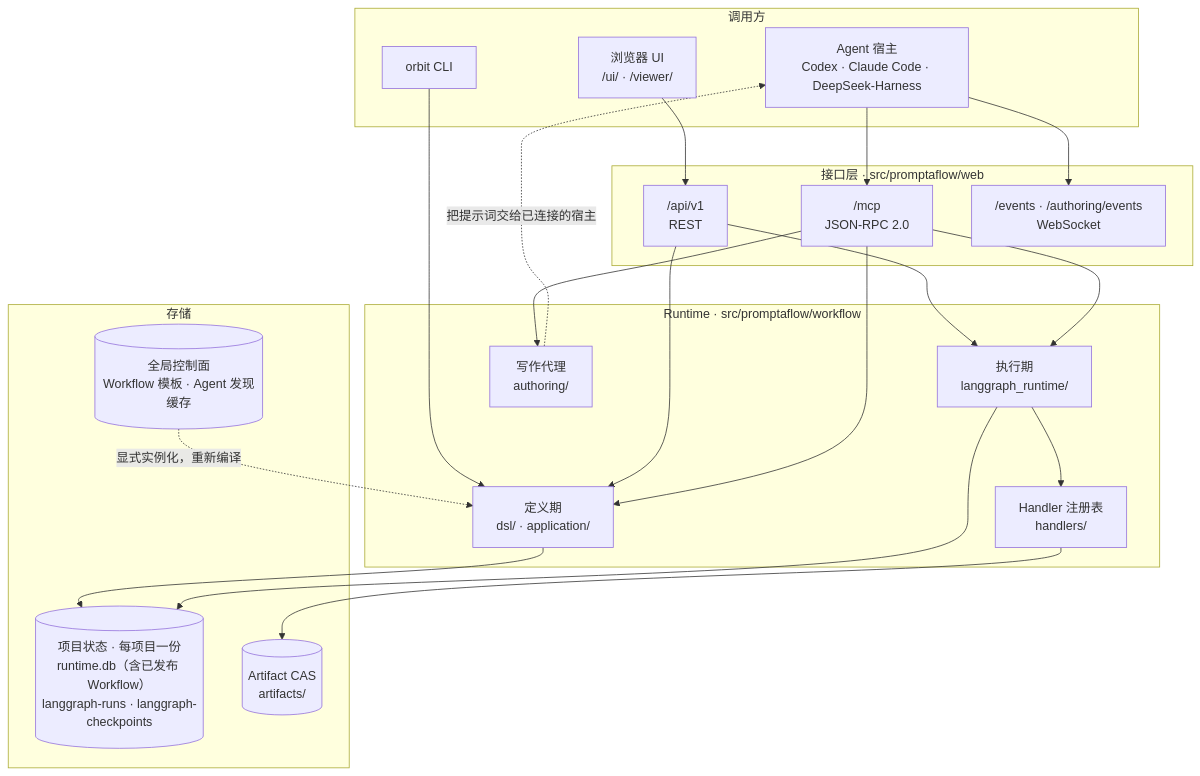
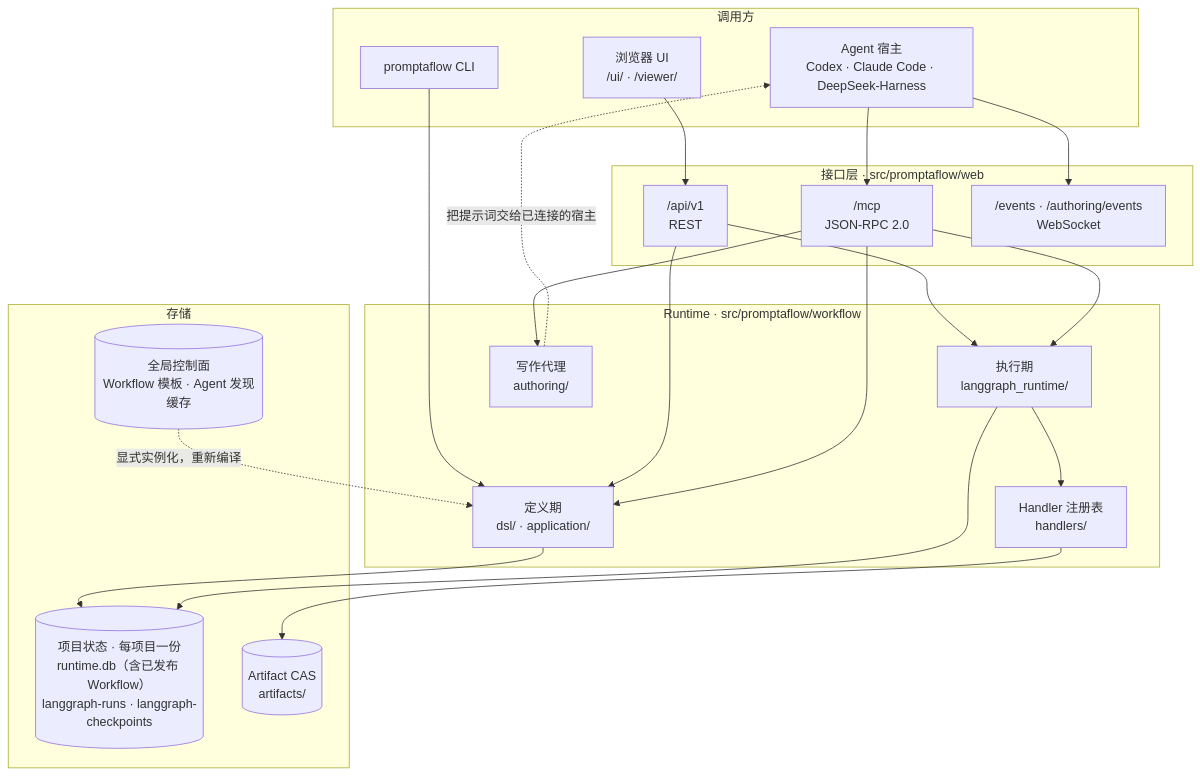
The first of 6 diagrams in docs/architecture.md (TNJ2026/orbit-runtime), drawn with Mermaid before and after one commit. The commit also changed other lines of this file and 227 other files, not shown here.

````diff
--- a/docs/architecture.md
+++ b/docs/architecture.md
@@ -34,45 +34,45 @@
 ```mermaid
 flowchart TB
     subgraph clients["调用方"]
         UI["浏览器 UI<br/>/ui/ · /viewer/"]
         HOST["Agent 宿主<br/>Codex · Claude Code · DeepSeek-Harness"]
-        CLI["orbit CLI"]
+        CLI["promptaflow CLI"]
     end
 
     subgraph edge["接口层 · src/promptaflow/web"]
         REST["/api/v1<br/>REST"]
         MCP["/mcp<br/>JSON-RPC 2.0"]
         WS["/events · /authoring/events<br/>WebSocket"]
     end
 
     subgraph core["Runtime · src/promptaflow/workflow"]
         DSL["定义期<br/>dsl/ · application/"]
         LG["执行期<br/>langgraph_runtime/"]
         HR["Handler 注册表<br/>handlers/"]
         AU["写作代理<br/>authoring/"]
     end
 
     subgraph store["存储"]
         GLOBAL[("全局控制面<br/>Workflow 模板 · Agent 发现缓存")]
         PRJ[("项目状态 · 每项目一份<br/>runtime.db（含已发布 Workflow）<br/>langgraph-runs · langgraph-checkpoints")]
         ART[("Artifact CAS<br/>artifacts/")]
     end
 
     UI --> REST
     HOST --> MCP
     HOST --> WS
     CLI --> DSL
 
     REST --> DSL
     REST --> LG
     MCP --> DSL
     MCP --> LG
     MCP --> AU
 
     DSL --> PRJ
     GLOBAL -."显式实例化，重新编译".-> DSL
     LG --> PRJ
     LG --> HR
     HR --> ART
     AU -. "把提示词交给已连接的宿主" .-> HOST
 ```
````
